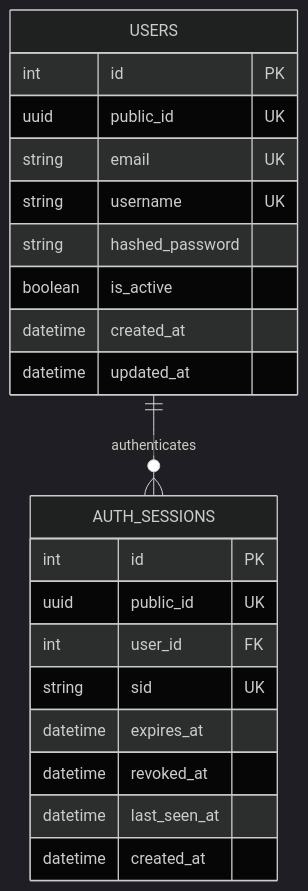
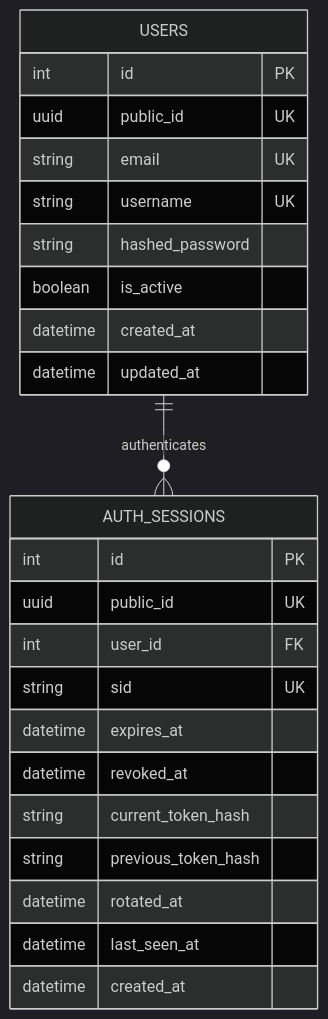
One commit to sajankp/lifestack-api changed the first of 7 diagrams in docs/ERD.md. Above: the diagram before and after it, drawn with Mermaid (dark theme). The commit also changed other lines of this file and 9 other files, not shown here.

````diff
--- a/docs/ERD.md
+++ b/docs/ERD.md
@@ -9,26 +9,29 @@
 ```mermaid
 erDiagram
     USERS {
         int id PK
         uuid public_id UK
         string email UK
         string username UK
         string hashed_password
         boolean is_active
         datetime created_at
         datetime updated_at
     }
 
     AUTH_SESSIONS {
         int id PK
         uuid public_id UK
         int user_id FK
         string sid UK
         datetime expires_at
         datetime revoked_at
+        string current_token_hash
+        string previous_token_hash
+        datetime rotated_at
         datetime last_seen_at
         datetime created_at
     }
 
     USERS ||--o{ AUTH_SESSIONS : authenticates
 ```
````
